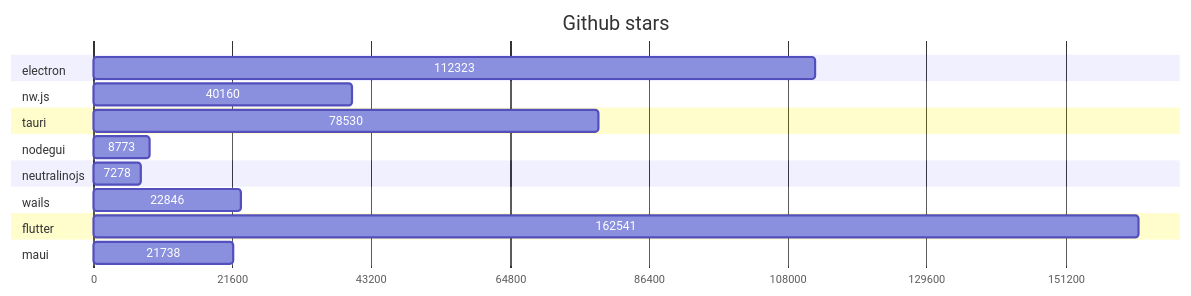
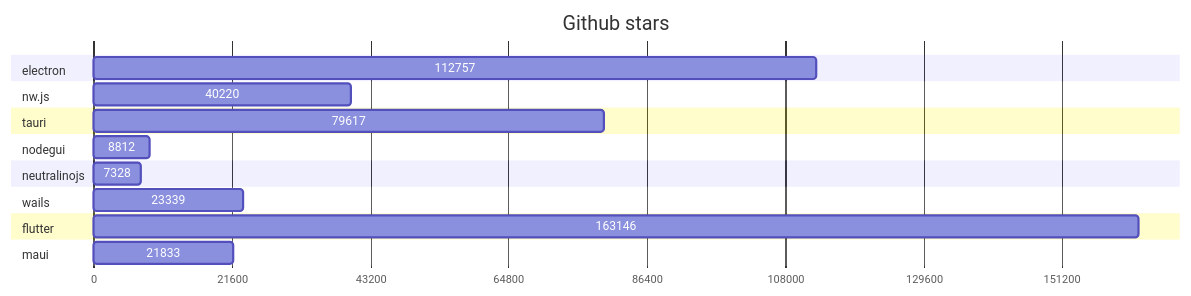
Before and after one commit to Elanis/web-to-desktop-framework-comparison: the first of 2 diagrams in GRAPHS.md, drawn with Mermaid. The commit also changed other lines of this file and 2 other files, not shown here.

Commit message:
Update stars & Fork

````diff
--- a/GRAPHS.md
+++ b/GRAPHS.md
@@ -5,40 +5,40 @@
 ```mermaid
 gantt
     title Github stars
     dateFormat  X
     axisFormat %s
 
 
 	section electron
-	112323 : 0, 112323
+	112757 : 0, 112757
 
 	
 	section nw.js
-	40160 : 0, 40160
+	40220 : 0, 40220
 
 	
 	section tauri
-	78530 : 0, 78530
+	79617 : 0, 79617
 
 	
 	section nodegui
-	8773 : 0, 8773
+	8812 : 0, 8812
 
 	
 	section neutralinojs
-	7278 : 0, 7278
+	7328 : 0, 7328
 
 	
 	section wails
-	22846 : 0, 22846
+	23339 : 0, 23339
 
 	
 	section flutter
-	162541 : 0, 162541
+	163146 : 0, 163146
 
 	
 	section maui
-	21738 : 0, 21738
+	21833 : 0, 21833
 
 	
 ```
````
